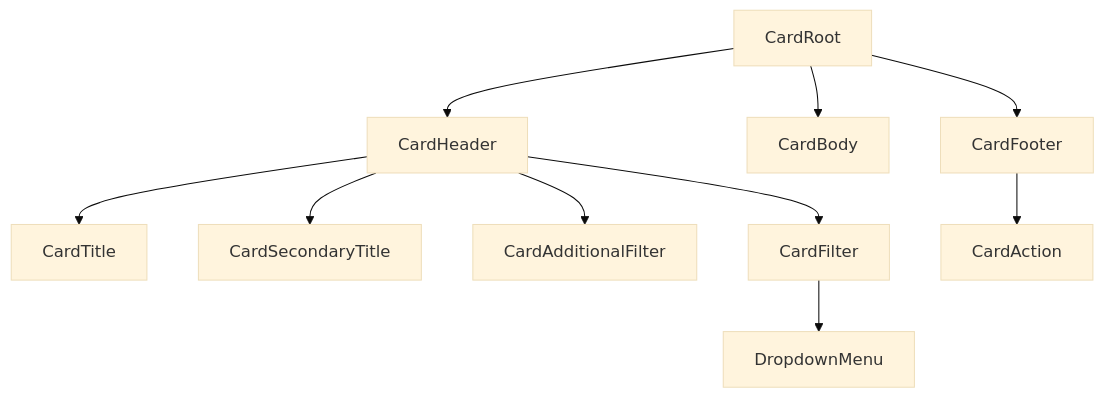
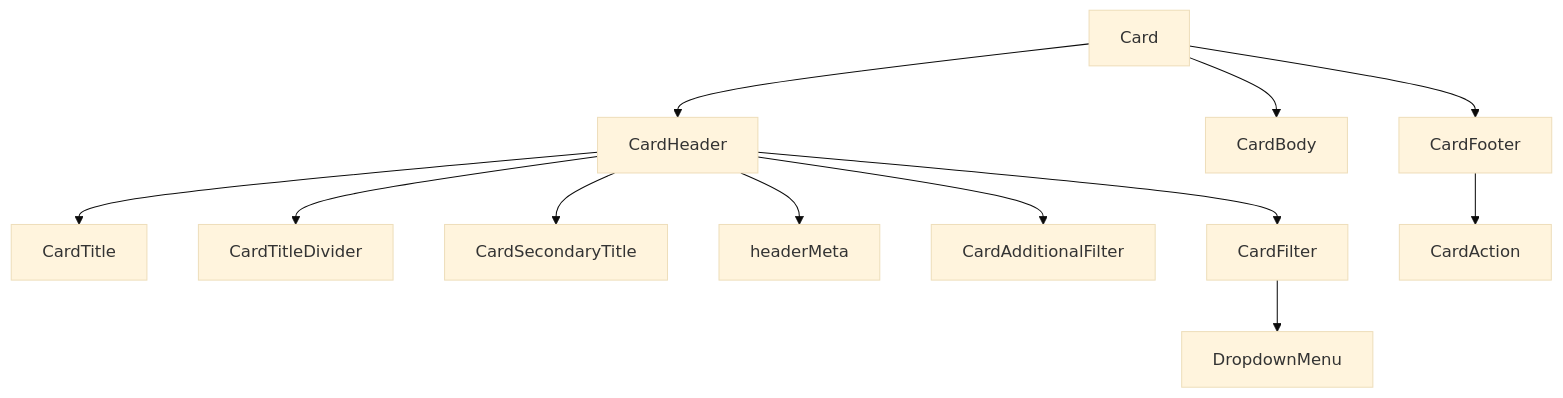
Before and after one commit to BrainDumpster/SDD-IDS: the diagram in components/ids/card/design-spec.md, drawn with Mermaid (base theme). The commit also changed other lines of this file and 110 other files, not shown here.

````diff
--- a/components/ids/card/design-spec.md
+++ b/components/ids/card/design-spec.md
@@ -56,12 +56,14 @@
 ```mermaid
 flowchart TD
-  CardRoot --> CardHeader
-  CardRoot --> CardBody
-  CardRoot --> CardFooter
+  Card --> CardHeader
+  Card --> CardBody
+  Card --> CardFooter
   CardHeader --> CardTitle
+  CardHeader --> CardTitleDivider
   CardHeader --> CardSecondaryTitle
+  CardHeader --> headerMeta
   CardHeader --> CardAdditionalFilter
   CardHeader --> CardFilter
   CardFilter --> DropdownMenu
   CardFooter --> CardAction
 ```
````
